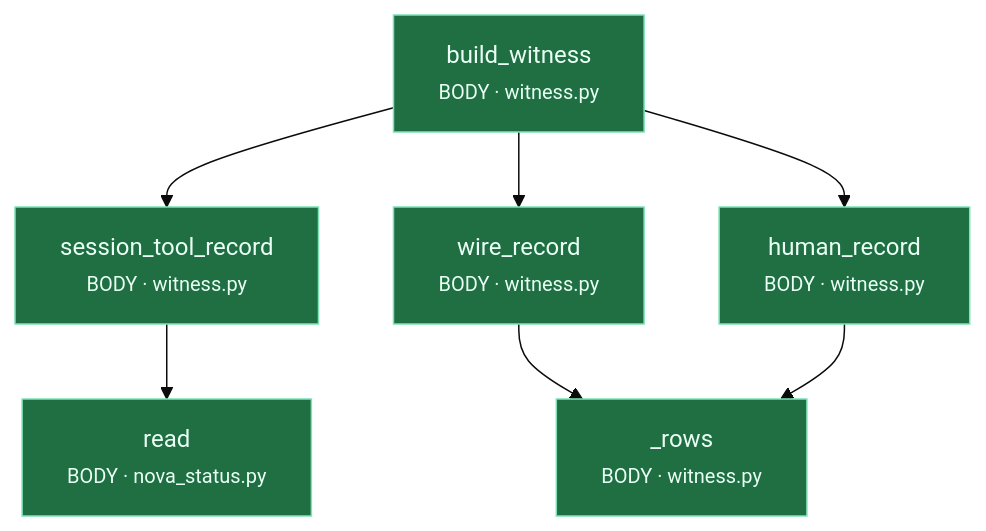
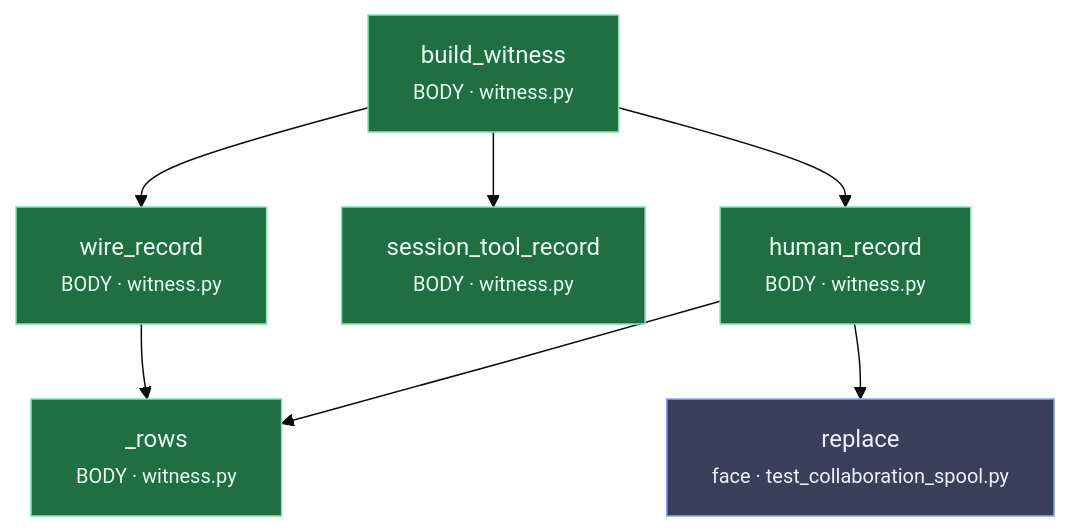
Before and after one commit to cklafou/nova-workspace: the third of 3 diagrams in workspace/Orient/Architecture/Calls_Order.md, drawn with Mermaid (base theme). The commit also changed other lines of this file and 406 other files, not shown here.

````diff
--- a/workspace/Orient/Architecture/Calls_Order.md
+++ b/workspace/Orient/Architecture/Calls_Order.md
@@ -1129,23 +951,23 @@
 ```mermaid
 flowchart TD
     n__rows["_rows<br/><small>BODY · witness.py</small>"]
     n_build_witness["build_witness<br/><small>BODY · witness.py</small>"]
     n_human_record["human_record<br/><small>BODY · witness.py</small>"]
-    n_read["read<br/><small>BODY · nova_status.py</small>"]
+    n_replace["replace<br/><small>face · test_collaboration_spool.py</small>"]
     n_session_tool_record["session_tool_record<br/><small>BODY · witness.py</small>"]
     n_wire_record["wire_record<br/><small>BODY · witness.py</small>"]
     n_build_witness --> n_session_tool_record
-    n_session_tool_record --> n_read
     n_build_witness --> n_wire_record
     n_wire_record --> n__rows
     n_build_witness --> n_human_record
     n_human_record --> n__rows
+    n_human_record --> n_replace
     class n__rows body;
     class n_build_witness body;
     class n_human_record body;
-    class n_read body;
+    class n_replace face;
     class n_session_tool_record body;
     class n_wire_record body;
     classDef body fill:#1f6f43,stroke:#7ee2b8,color:#eafff5;
     classDef face fill:#3a3f5c,stroke:#8fa2ff,color:#eef1ff;
 ```
````
